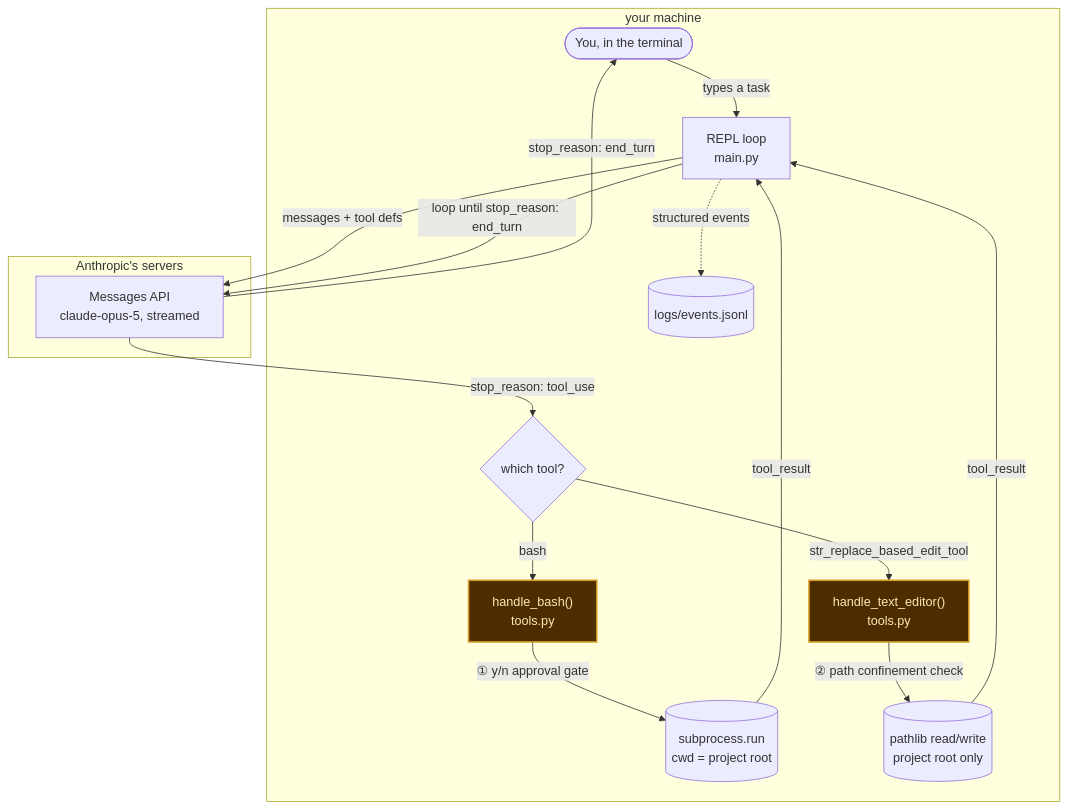
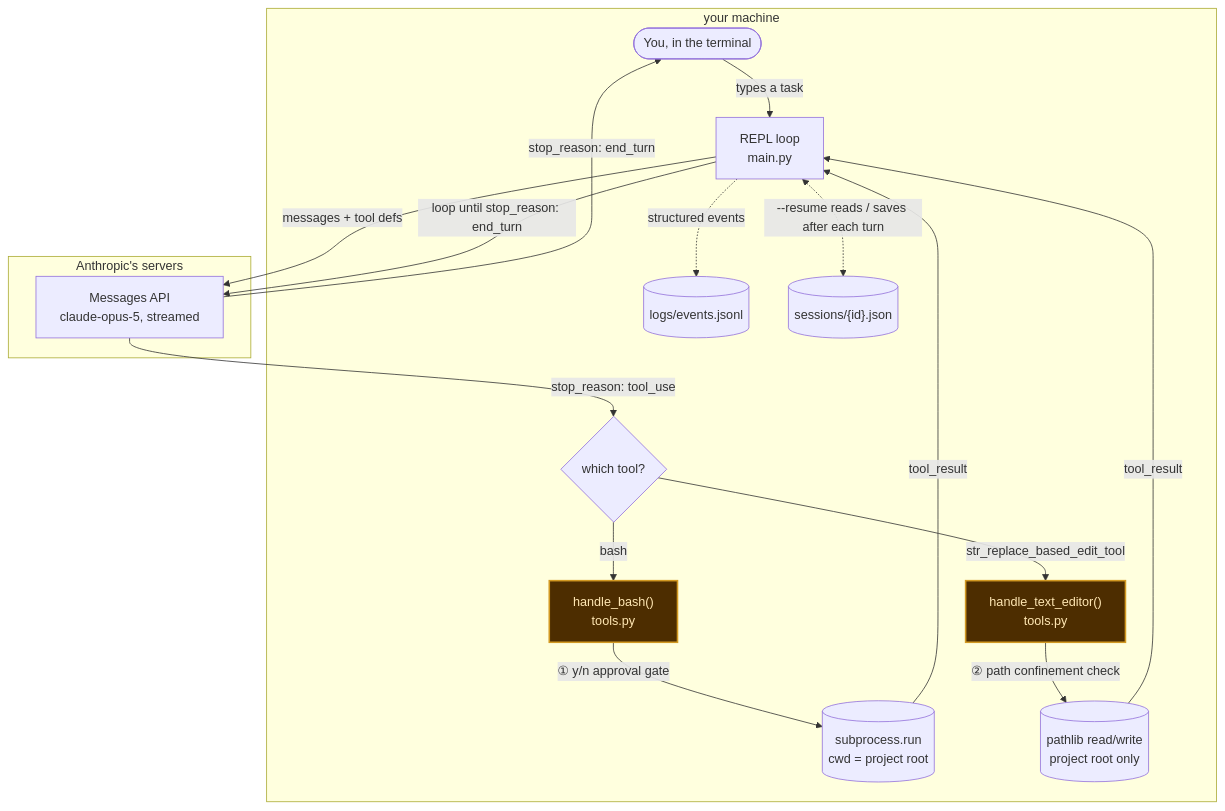
One commit to technomad641/coding-agent-cli changed the first of 2 diagrams in README.md. Above: the diagram before and after it, drawn with Mermaid. The commit also changed other lines of this file and 4 other files, not shown here.

````diff
--- a/README.md
+++ b/README.md
@@ -51,33 +51,35 @@
 ```mermaid
 flowchart TD
     subgraph Local["your machine"]
         U(["You, in the terminal"])
         REPL["REPL loop\nmain.py"]
         Dispatch{"which tool?"}
         Bash["handle_bash()\ntools.py"]
         Editor["handle_text_editor()\ntools.py"]
         Shell[("subprocess.run\ncwd = project root")]
         FS[("pathlib read/write\nproject root only")]
         Logs[("logs/events.jsonl")]
+        Sessions[("sessions/{id}.json")]
     end
 
     subgraph Remote["Anthropic's servers"]
         API["Messages API\nclaude-opus-5, streamed"]
     end
 
     U -->|"types a task"| REPL
     REPL -->|"messages + tool defs"| API
     API -->|"stop_reason: tool_use"| Dispatch
     Dispatch -->|"bash"| Bash
     Dispatch -->|"str_replace_based_edit_tool"| Editor
     Bash -->|"① y/n approval gate"| Shell
     Editor -->|"② path confinement check"| FS
     Shell -->|"tool_result"| REPL
     FS -->|"tool_result"| REPL
     REPL -->|"loop until stop_reason: end_turn"| API
     API -->|"stop_reason: end_turn"| U
     REPL -.->|"structured events"| Logs
+    REPL <-.->|"--resume reads / saves after each turn"| Sessions
 
     classDef guarded fill:#4d2d00,stroke:#d29922,color:#ffe7b3,stroke-width:2px
     class Bash,Editor guarded
 ```
````
